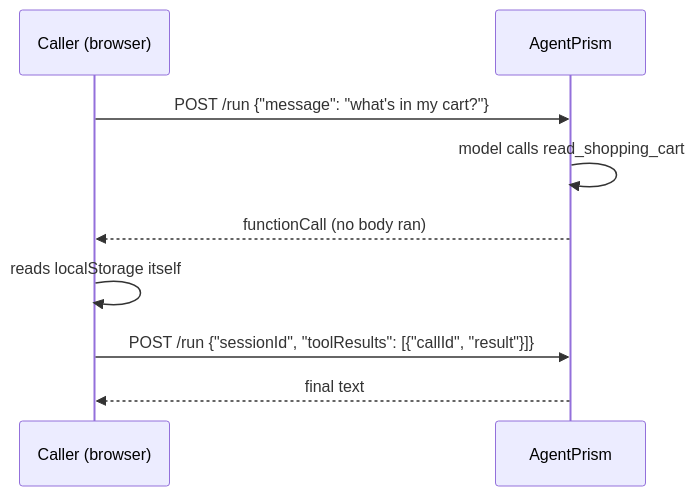
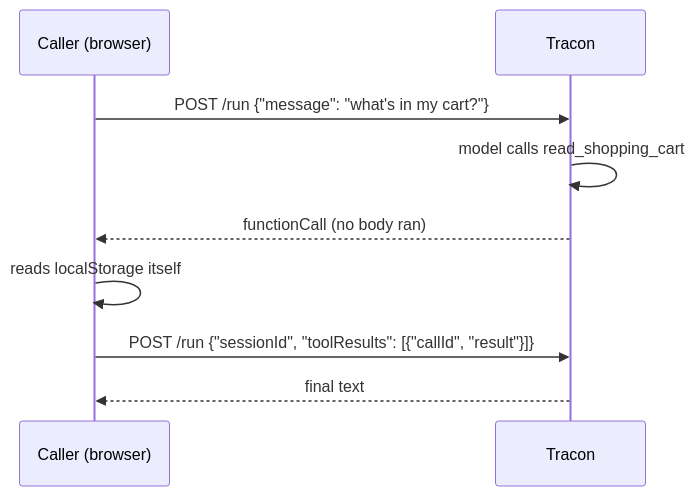
The diagram in docs-site/src/content/docs/guides/client-side-tools.md (farukatasoy/Tracon), drawn with Mermaid before and after one commit. The commit also changed other lines of this file and 4170 other files, not shown here.

Commit message:
feat: rename the product from AgentPrism to Tracon

````diff
--- a/docs-site/src/content/docs/guides/client-side-tools.md
+++ b/docs-site/src/content/docs/guides/client-side-tools.md
@@ -28,14 +28,14 @@
 ```mermaid
 sequenceDiagram
     accTitle: Client-side tool call round trip
     accDescr: The caller sends a message, the server returns a pending tool call it never ran, the caller resolves it locally and sends the result back, and the server returns the final text.
     participant Caller as Caller (browser)
-    participant Server as AgentPrism
+    participant Server as Tracon
 
     Caller->>Server: POST /run {"message": "what's in my cart?"}
     Server->>Server: model calls read_shopping_cart
     Server-->>Caller: functionCall (no body ran)
     Caller->>Caller: reads localStorage itself
     Caller->>Server: POST /run {"sessionId", "toolResults": [{"callId", "result"}]}
     Server-->>Caller: final text
 ```
````
